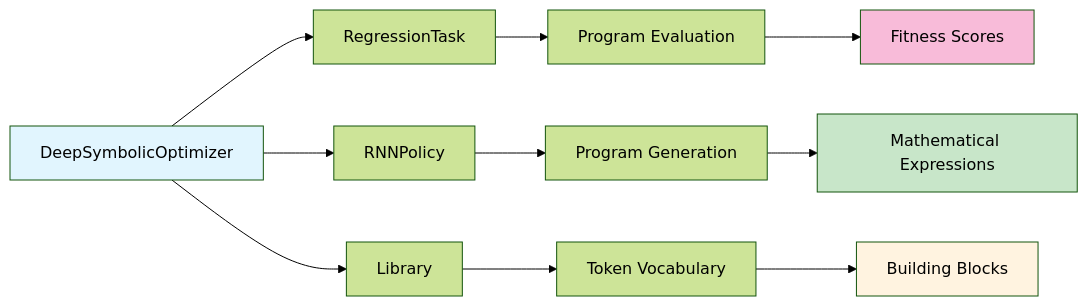
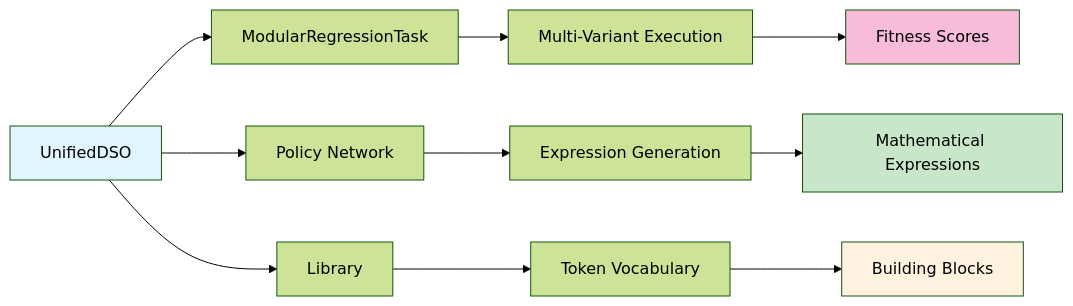
The second of 2 diagrams in dso-docs/docs/core/architecture.md (sheydHD/deep-symbolic-optimization), drawn with Mermaid (forest theme) before and after one commit. The commit also changed other lines of this file and 33 other files, not shown here.

````diff
--- a/dso-docs/docs/core/architecture.md
+++ b/dso-docs/docs/core/architecture.md
@@ -33,19 +33,19 @@
 ```mermaid
 graph LR
-    A[DeepSymbolicOptimizer] --> B[RegressionTask]
-    A --> C[RNNPolicy] 
+    A[UnifiedDSO] --> B[ModularRegressionTask]
+    A --> C[Policy Network] 
     A --> D[Library]
     
-    C --> E[Program Generation]
-    B --> F[Program Evaluation]
+    C --> E[Expression Generation]
+    B --> F[Multi-Variant Execution]
     D --> G[Token Vocabulary]
     
     E --> H[Mathematical Expressions]
     F --> I[Fitness Scores]
     G --> J[Building Blocks]
     
     style A fill:#e1f5fe
     style H fill:#c8e6c9
     style I fill:#f8bbd9
     style J fill:#fff3e0
 ```
````
